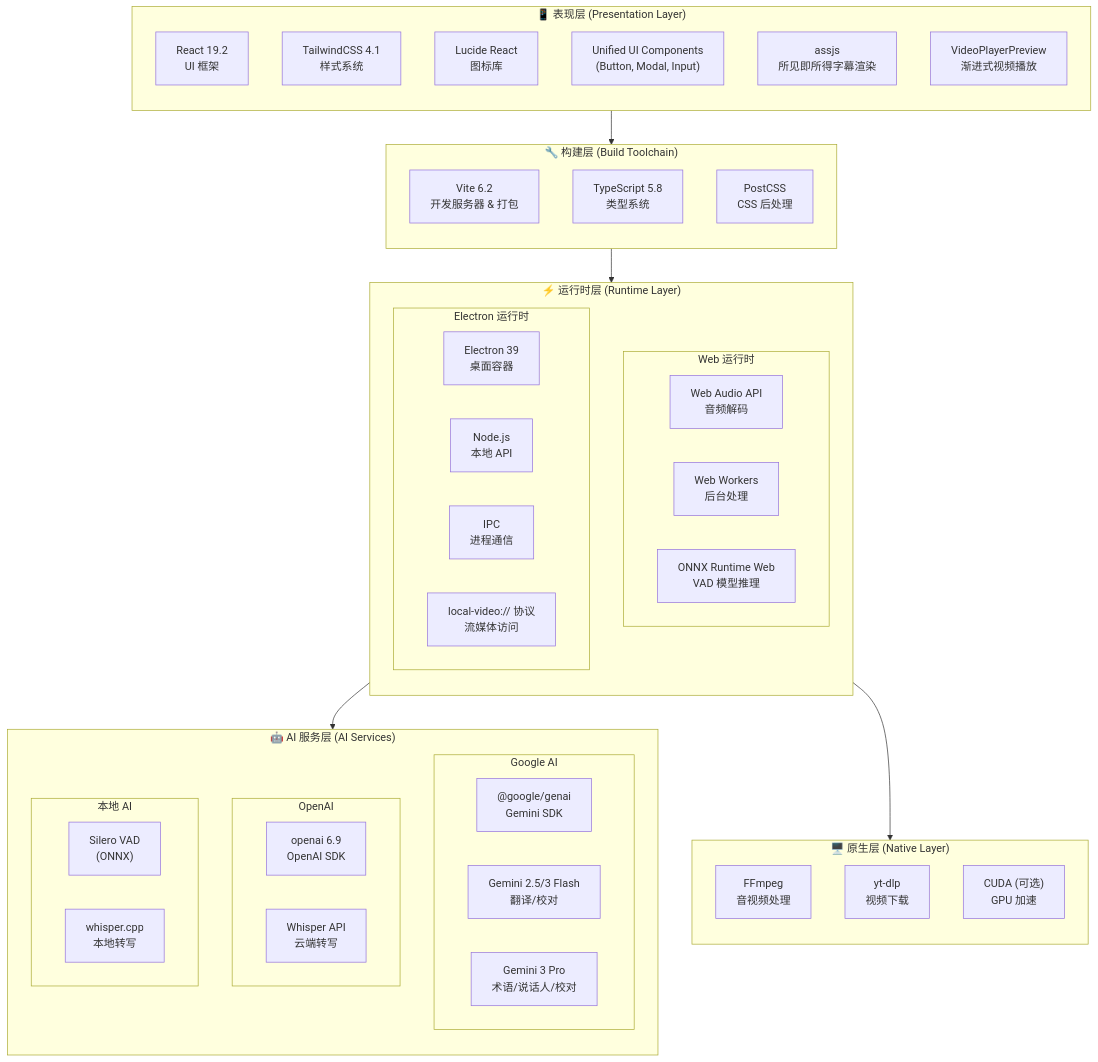
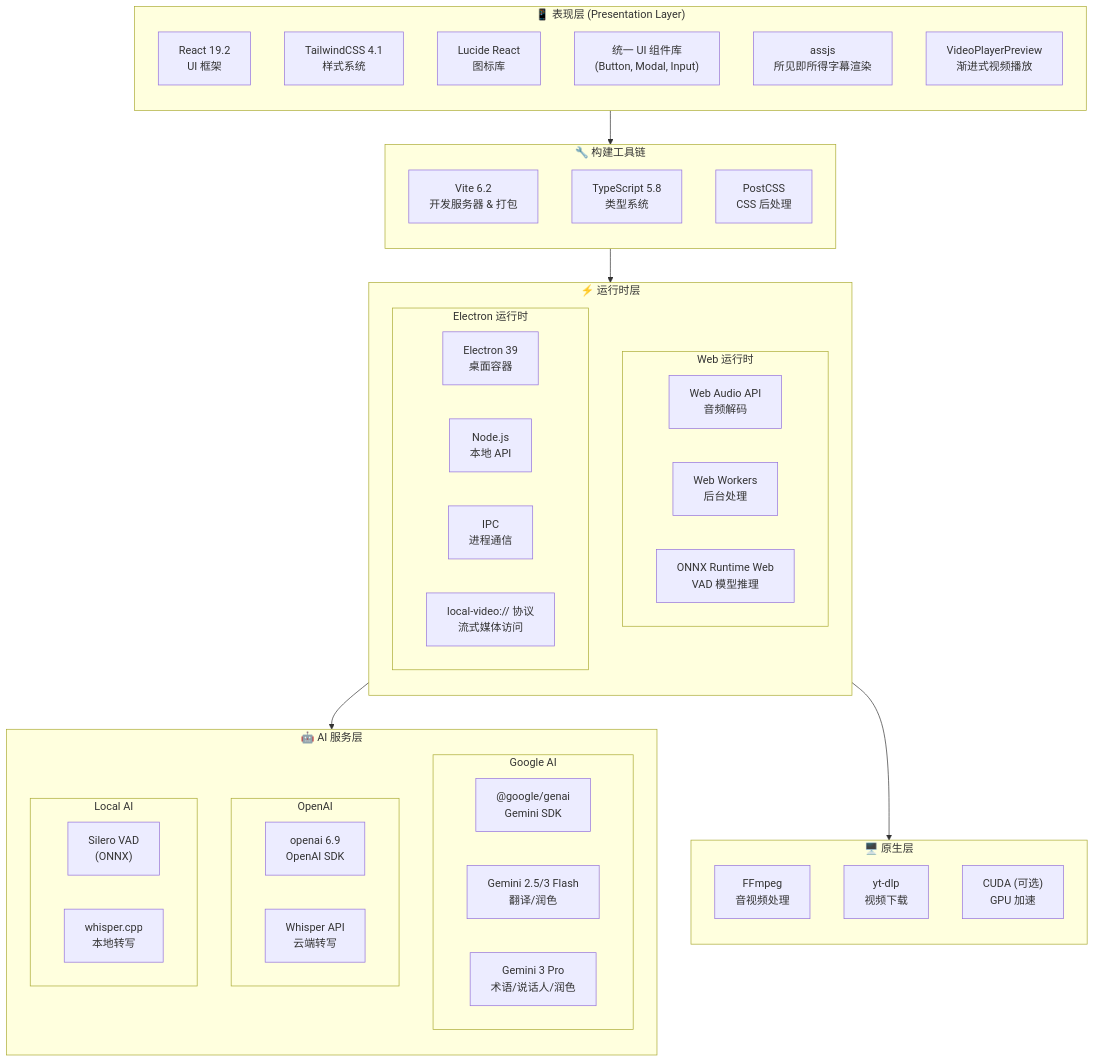
The first of 15 diagrams in docs/ARCHITECTURE_zh.md (corvo007/Gemini-Subtitle-Pro), drawn with Mermaid before and after one commit. The commit also changed other lines of this file and 3 other files, not shown here.

First line of the commit message:
docs: update architecture with reconciler and CTC aligner

````diff
--- a/docs/ARCHITECTURE_zh.md
+++ b/docs/ARCHITECTURE_zh.md
@@ -18,68 +18,68 @@
 ```mermaid
 flowchart TB
     subgraph PRESENTATION["📱 表现层 (Presentation Layer)"]
         direction TB
         REACT["React 19.2<br/>UI 框架"]
         TAILWIND["TailwindCSS 4.1<br/>样式系统"]
         LUCIDE["Lucide React<br/>图标库"]
-        UI_LIB["Unified UI Components<br/>(Button, Modal, Input)"]
+        UI_LIB["统一 UI 组件库<br/>(Button, Modal, Input)"]
         ASSJS["assjs<br/>所见即所得字幕渲染"]
         VIDEO_PLAYER["VideoPlayerPreview<br/>渐进式视频播放"]
     end
 
-    subgraph BUILD["🔧 构建层 (Build Toolchain)"]
+    subgraph BUILD["🔧 构建工具链"]
         direction TB
         VITE["Vite 6.2<br/>开发服务器 & 打包"]
         TS["TypeScript 5.8<br/>类型系统"]
         POSTCSS["PostCSS<br/>CSS 后处理"]
     end
 
-    subgraph RUNTIME["⚡ 运行时层 (Runtime Layer)"]
+    subgraph RUNTIME["⚡ 运行时层"]
         direction TB
 
         subgraph WEB["Web 运行时"]
             WEB_AUDIO["Web Audio API<br/>音频解码"]
             WEB_WORKER["Web Workers<br/>后台处理"]
             ONNX["ONNX Runtime Web<br/>VAD 模型推理"]
         end
 
         subgraph ELECTRON_RT["Electron 运行时"]
             ELECTRON["Electron 39<br/>桌面容器"]
             NODE["Node.js<br/>本地 API"]
             IPC["IPC<br/>进程通信"]
-            LOCAL_VIDEO["local-video:// 协议<br/>流媒体访问"]
+            LOCAL_VIDEO["local-video:// 协议<br/>流式媒体访问"]
         end
     end
 
-    subgraph AI["🤖 AI 服务层 (AI Services)"]
+    subgraph AI["🤖 AI 服务层"]
         direction TB
 
         subgraph GOOGLE["Google AI"]
             GEMINI_SDK["@google/genai<br/>Gemini SDK"]
-            FLASH["Gemini 2.5/3 Flash<br/>翻译/校对"]
-            PRO["Gemini 3 Pro<br/>术语/说话人/校对"]
+            FLASH["Gemini 2.5/3 Flash<br/>翻译/润色"]
+            PRO["Gemini 3 Pro<br/>术语/说话人/润色"]
         end
 
         subgraph OPENAI_SVC["OpenAI"]
             OPENAI_SDK["openai 6.9<br/>OpenAI SDK"]
             WHISPER_API["Whisper API<br/>云端转写"]
         end
 
-        subgraph LOCAL_AI["本地 AI"]
+        subgraph LOCAL_AI["Local AI"]
             VAD["Silero VAD<br/>(ONNX)"]
             WHISPER_CPP["whisper.cpp<br/>本地转写"]
         end
     end
 
-    subgraph NATIVE["🖥️ 原生层 (Native Layer)"]
+    subgraph NATIVE["🖥️ 原生层"]
         direction TB
         FFMPEG_BIN["FFmpeg<br/>音视频处理"]
         YT_DLP["yt-dlp<br/>视频下载"]
         CUDA["CUDA (可选)<br/>GPU 加速"]
     end
 
     PRESENTATION --> BUILD
     BUILD --> RUNTIME
     RUNTIME --> AI
     ELECTRON_RT --> NATIVE
 ```
````
